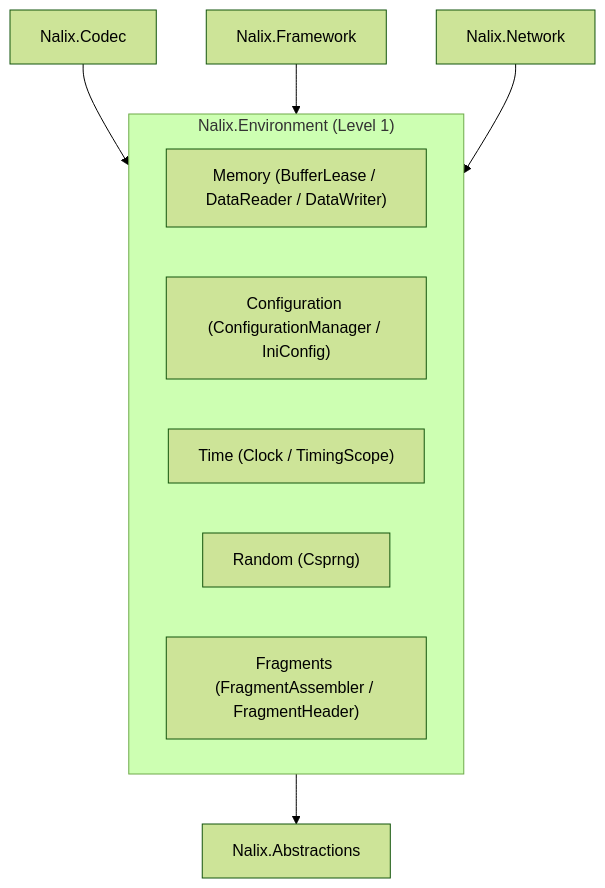
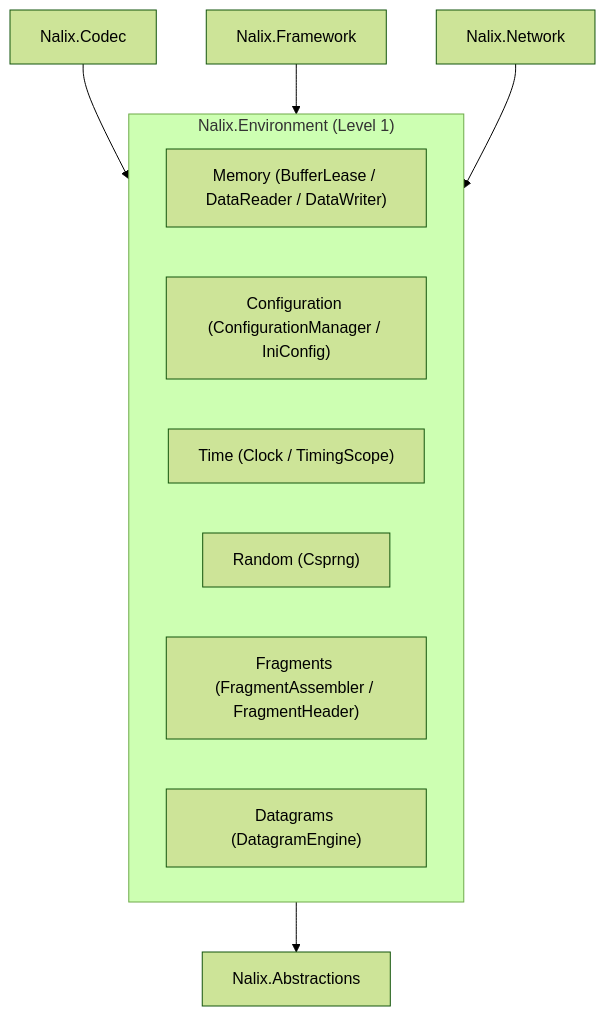
The diagram in src/content/docs/en-us/packages/nalix-environment.md (ppn-systems/nalix-docs), drawn with Mermaid (forest theme) before and after one commit. The commit also changed other lines of this file and 257 other files, not shown here.

````diff
--- a/src/content/docs/en-us/packages/nalix-environment.md
+++ b/src/content/docs/en-us/packages/nalix-environment.md
@@ -22,15 +23,16 @@
 ```mermaid
 flowchart TD
     subgraph Env ["Nalix.Environment (Level 1)"]
         Memory["Memory (BufferLease / DataReader / DataWriter)"]
         Config["Configuration (ConfigurationManager / IniConfig)"]
         Time["Time (Clock / TimingScope)"]
         Random["Random (Csprng)"]
         Fragments["Fragments (FragmentAssembler / FragmentHeader)"]
+        Datagrams["Datagrams (DatagramEngine)"]
     end
 
     Codec["Nalix.Codec"] --> Env
     Framework["Nalix.Framework"] --> Env
     Network["Nalix.Network"] --> Env
     Env --> Abs["Nalix.Abstractions"]
 ```
````
